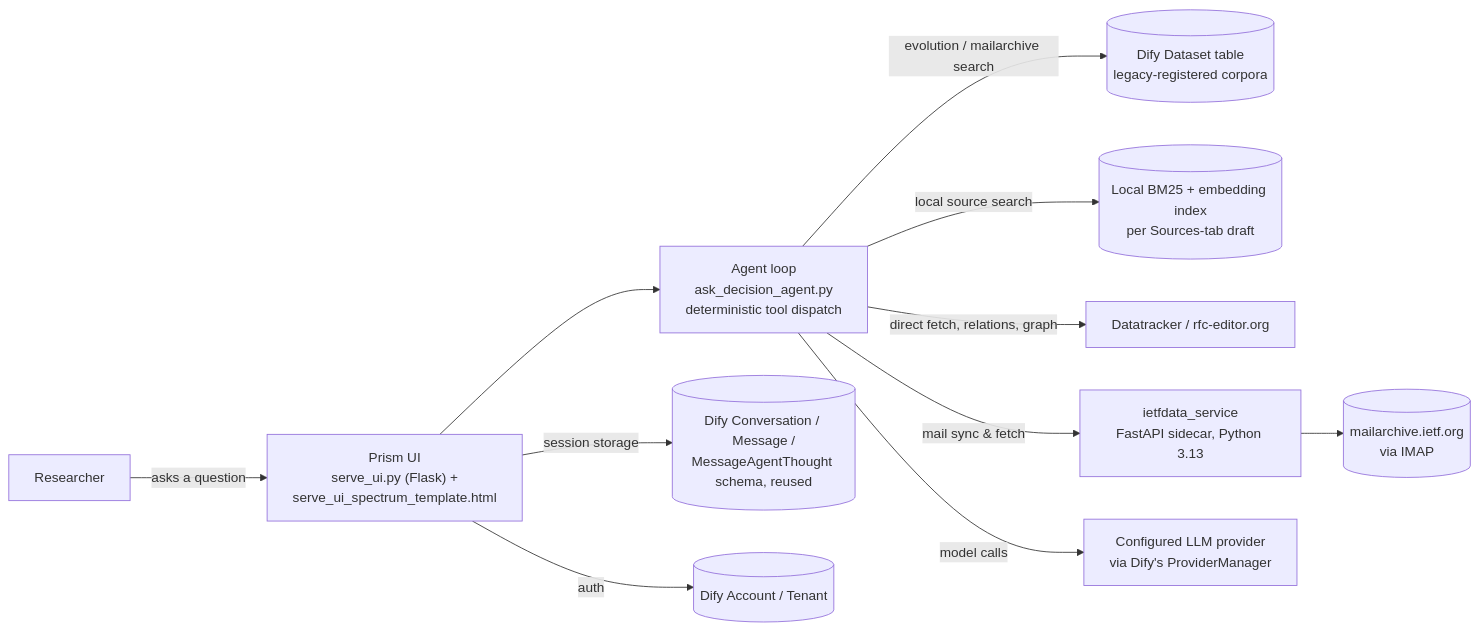
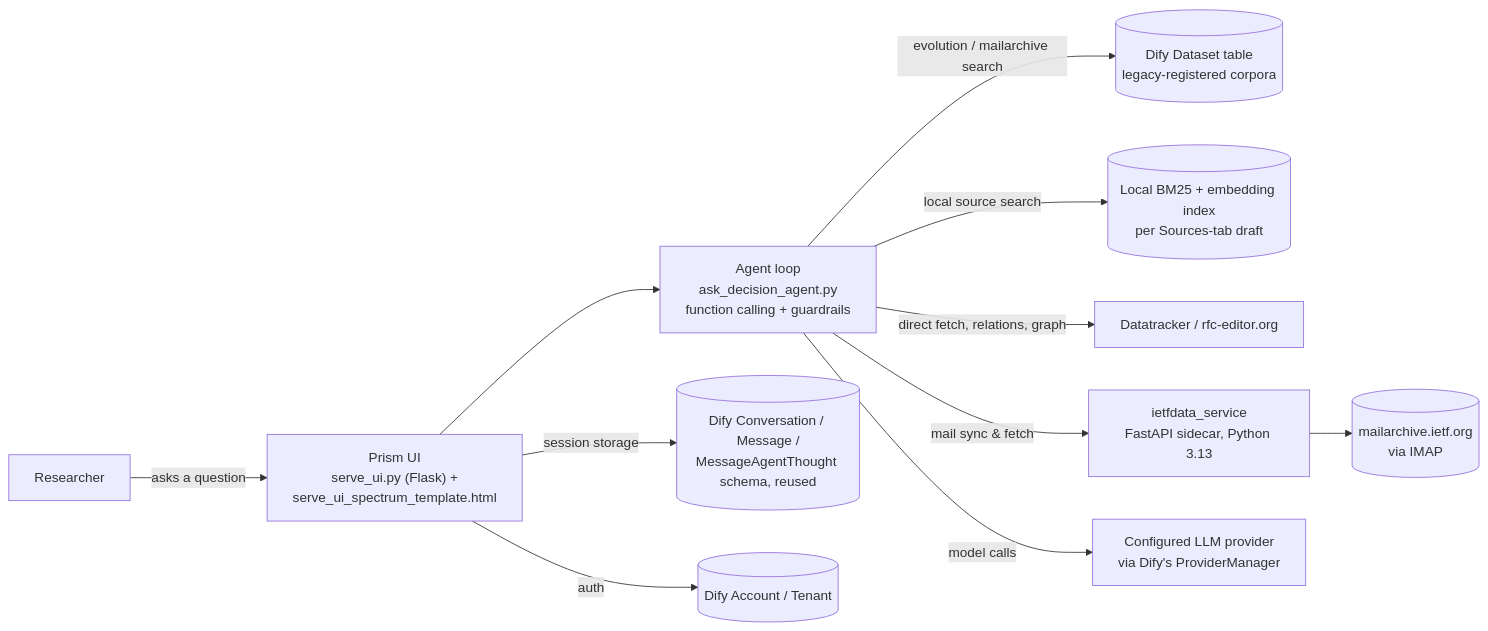
The diagram in .github/README.md (cheop-byeon/prism), drawn with Mermaid before and after one commit. The commit also changed other lines of this file and 2 other files, not shown here.

````diff
--- a/.github/README.md
+++ b/.github/README.md
@@ -80,13 +85,13 @@
 ```mermaid
 flowchart LR
     U[Researcher] -->|asks a question| UI["Prism UI<br/>serve_ui.py (Flask) +<br/>serve_ui_spectrum_template.html"]
-    UI --> Agent["Agent loop<br/>ask_decision_agent.py<br/>deterministic tool dispatch"]
+    UI --> Agent["Agent loop<br/>ask_decision_agent.py<br/>function calling + guardrails"]
     Agent -->|evolution / mailarchive search| DS[("Dify Dataset table<br/>legacy-registered corpora")]
     Agent -->|local source search| BM25[("Local BM25 + embedding index<br/>per Sources-tab draft")]
     Agent -->|direct fetch, relations, graph| DT["Datatracker / rfc-editor.org"]
     Agent -->|mail sync & fetch| Sidecar["ietfdata_service<br/>FastAPI sidecar, Python 3.13"]
     Sidecar --> Mail[("mailarchive.ietf.org<br/>via IMAP")]
     Agent -->|model calls| LLM["Configured LLM provider<br/>via Dify's ProviderManager"]
     UI -->|session storage| Conv[("Dify Conversation / Message /<br/>MessageAgentThought schema, reused")]
     UI -->|auth| Acct[("Dify Account / Tenant")]
 ```
````
